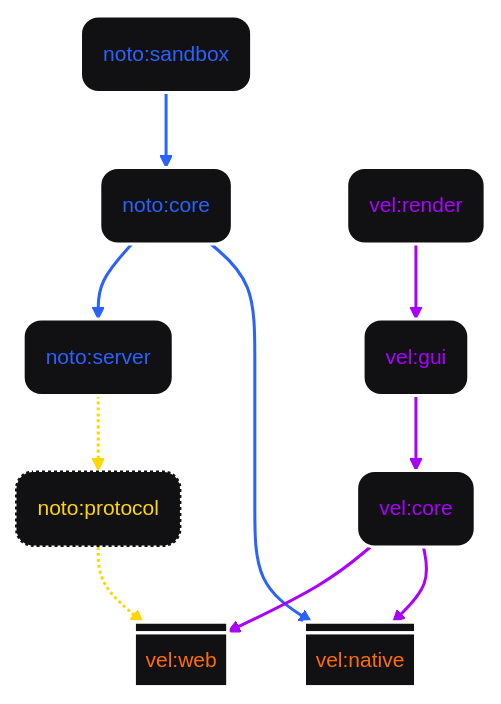
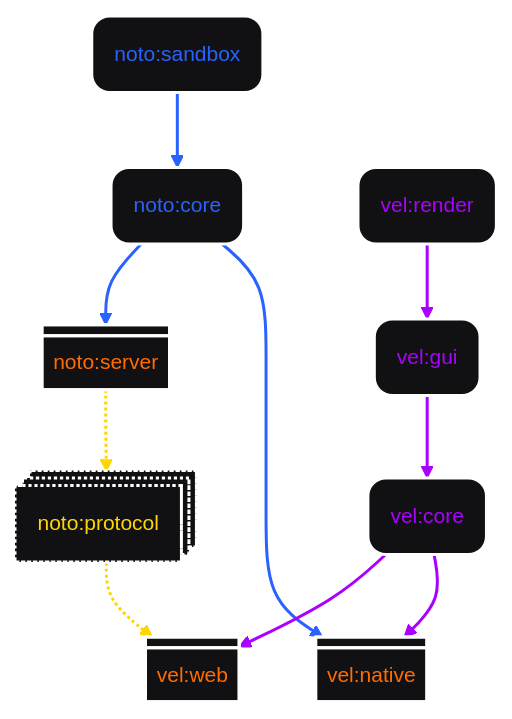
The diagram in docs/Architecture.md (Notovel/Noto), drawn with Mermaid before and after one commit.

Commit message:
Update Architecture.md
Fixing Program Structure Diagram

````diff
--- a/docs/Architecture.md
+++ b/docs/Architecture.md
@@ -3,36 +3,38 @@
 ```mermaid
 ---
 config:
   theme: redux-dark
   layout: fixed
   look: classic
 ---
 flowchart TB
     NSA("noto:sandbox") --> NC("noto:core")
     NC --> NS("noto:server") & VN["vel:native"]
     NS -.-> NP("noto:protocol")
     NP -.-> VW["vel:web"]
     VC("vel:core") --> VW & VN
     VR("vel:render") --> VG("vel:gui")
     VG --> VC
-    VN@{ shape: div-proc}
-    VW@{ shape: div-proc}
+    VN@{ shape: div-proc }
+    VW@{ shape: div-proc }
+    NS@{ shape: div-proc }
+    NP@{ shape: procs }
     style NSA color:#2962FF
     style NC color:#2962FF
-    style NS color:#2962FF
-    style VN stroke-width:2px,stroke-dasharray: 0,color:#FF6D00
-    style NP stroke-width:2px,stroke-dasharray: 2,color:#FFD600
-    style VW stroke-width:2px,stroke-dasharray: 0,color:#FF6D00
+    style NS color:#FF6D00
+    style VN color:#FF6D00
+    style NP stroke-dasharray: 2,color:#FFD600
+    style VW color:#FF6D00
     style VC color:#AA00FF
     style VR color:#AA00FF
     style VG color:#AA00FF
     linkStyle 0 stroke:#2962FF,fill:none
     linkStyle 1 stroke:#2962FF,fill:none
     linkStyle 2 stroke:#2962FF,fill:none
     linkStyle 3 stroke:#FFD600,fill:none
     linkStyle 4 stroke:#FFD600,fill:none
     linkStyle 5 stroke:#AA00FF,fill:none
     linkStyle 6 stroke:#AA00FF,fill:none
     linkStyle 7 stroke:#AA00FF,fill:none
     linkStyle 8 stroke:#AA00FF,fill:none
 ```
````
